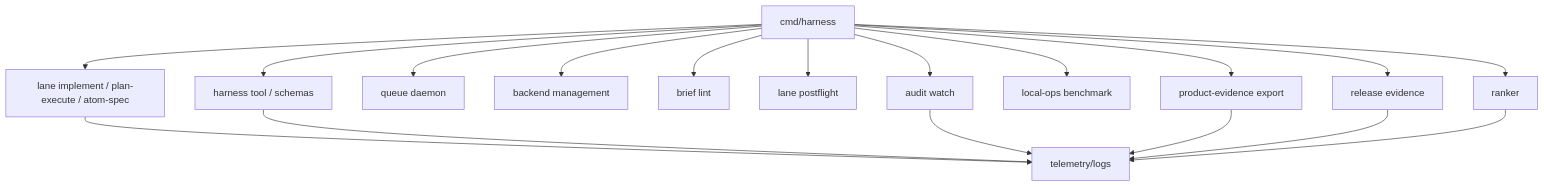
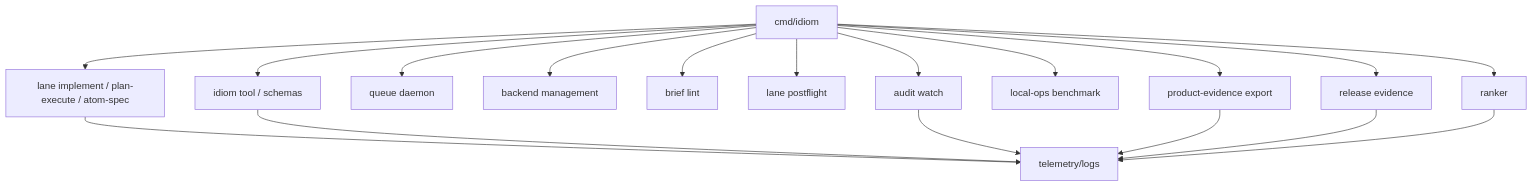
Before and after one commit to BLuchterhand/Idiom: the diagram in docs/obsidian-export/docs/obsidian/16 - Operational Commands and Evidence Products.md, drawn with Mermaid. The commit also changed other lines of this file and 972 other files, not shown here.

````diff
--- a/docs/obsidian-export/docs/obsidian/16 - Operational Commands and Evidence Products.md
+++ b/docs/obsidian-export/docs/obsidian/16 - Operational Commands and Evidence Products.md
@@ -17,35 +17,35 @@
 ```mermaid
 flowchart TD
-    CLI["cmd/harness"]
+    CLI["cmd/idiom"]
     Lanes["lane implement / plan-execute / atom-spec"]
-    Tools["harness tool / schemas"]
+    Tools["idiom tool / schemas"]
     Queue["queue daemon"]
     Backend["backend management"]
     Lint["brief lint"]
     Postflight["lane postflight"]
     AuditWatch["audit watch"]
     LocalOps["local-ops benchmark"]
     Product["product-evidence export"]
     Release["release evidence"]
     Ranker["ranker"]
     Telemetry["telemetry/logs"]
 
     CLI --> Lanes
     CLI --> Tools
     CLI --> Queue
     CLI --> Backend
     CLI --> Lint
     CLI --> Postflight
     CLI --> AuditWatch
     CLI --> LocalOps
     CLI --> Product
     CLI --> Release
     CLI --> Ranker
 
     Lanes --> Telemetry
     Tools --> Telemetry
     AuditWatch --> Telemetry
     Product --> Telemetry
     Release --> Telemetry
     Ranker --> Telemetry
 ```
````
